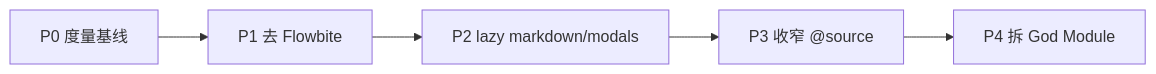
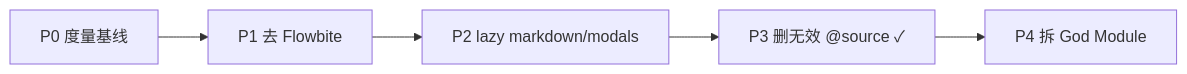
One commit to 1049861657/MCP-Client changed the fourth of 4 diagrams in docs/frontend-audit-2026.md. Above: the diagram before and after it, drawn with Mermaid. The commit also changed other lines of this file and 23 other files, not shown here.

First line of the commit message:
refactor(frontend): T5-05 删无效 @source、MCP 选择修复与通用输入框

````diff
--- a/docs/frontend-audit-2026.md
+++ b/docs/frontend-audit-2026.md
@@ -386,9 +386,9 @@
 ```mermaid
 flowchart LR
   P0["P0 度量基线"]
   P1["P1 去 Flowbite"]
   P2["P2 lazy markdown/modals"]
-  P3["P3 收窄 @source"]
+  P3["P3 删无效 @source ✓"]
   P4["P4 拆 God Module"]
   P0 --> P1 --> P2 --> P3 --> P4
 ```
````
